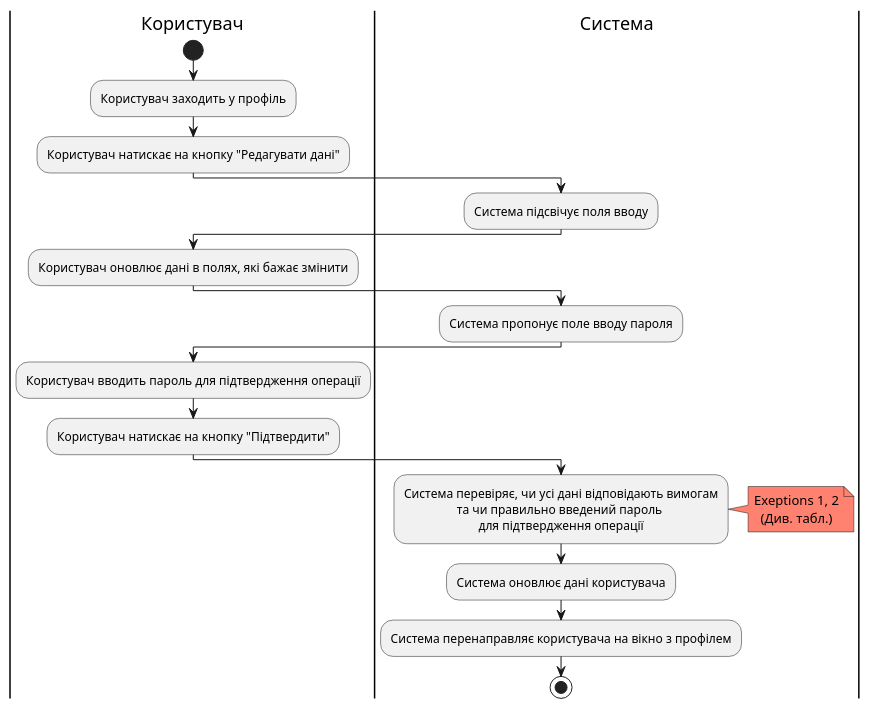
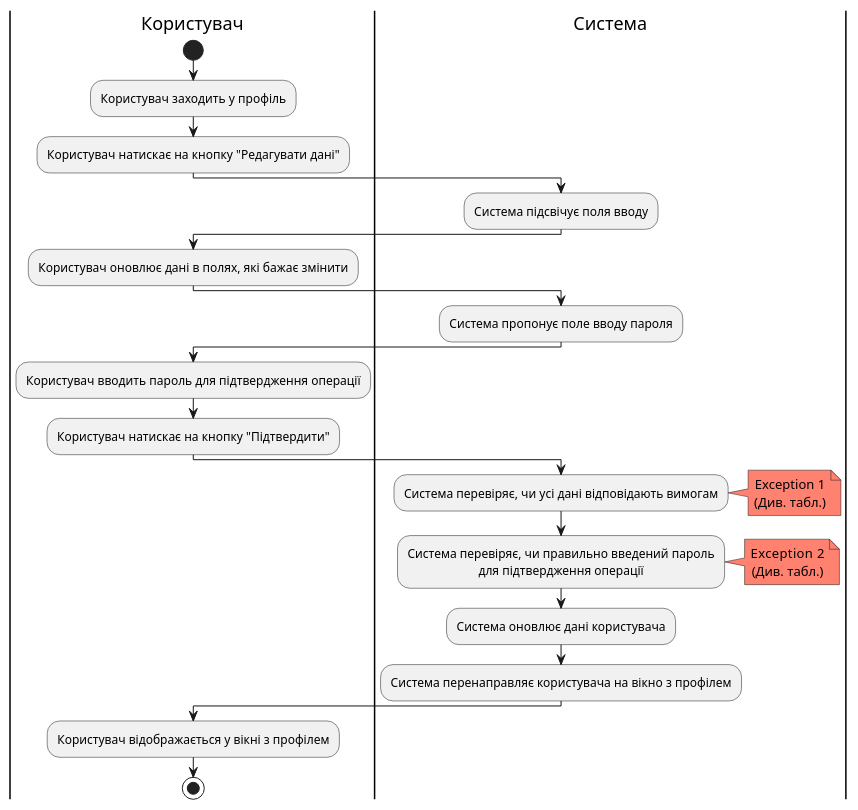
The second of 3 diagrams in docs/use_cases.md (generalmaks/db_labs), drawn with PlantUML before and after one commit. The commit also changed other lines of this file, not shown here.

Commit message:
some fixes in ChangeUserData diagram

````diff
--- a/docs/use_cases.md
+++ b/docs/use_cases.md
@@ -79,42 +78,47 @@
 ```plantuml
 @startuml
 |Користувач|
 start
 skinparam defaultTextAlignment center
 
 |Користувач|
 :Користувач заходить у профіль;
 :Користувач натискає на кнопку "Редагувати дані";
 
 
 
 |Система|
 :Система підсвічує поля вводу;
 
 |Користувач|
 :Користувач оновлює дані в полях, які бажає змінити;
 
 
 |Система|
 :Система пропонує поле вводу пароля;
 
 |Користувач|
 :Користувач вводить пароль для підтвердження операції;
 :Користувач натискає на кнопку "Підтвердити";
 
 |Система|
-:Система перевіряє, чи усі дані відповідають вимогам
-та чи правильно введений пароль 
+:Система перевіряє, чи усі дані відповідають вимогам;
+note right #ff8170
+Exception 1
+(Див. табл.)
+end note
+:Система перевіряє, чи правильно введений пароль
 для підтвердження операції;
 note right #ff8170
-Exeptions 1, 2
+Exception  2
 (Див. табл.)
 end note
 
 :Система оновлює дані користувача;
 :Система перенаправляє користувача на вікно з профілем;
 
-
+|Користувач|
+:Користувач відображається у вікні з профілем;
 stop
 @enduml
 ```
````
